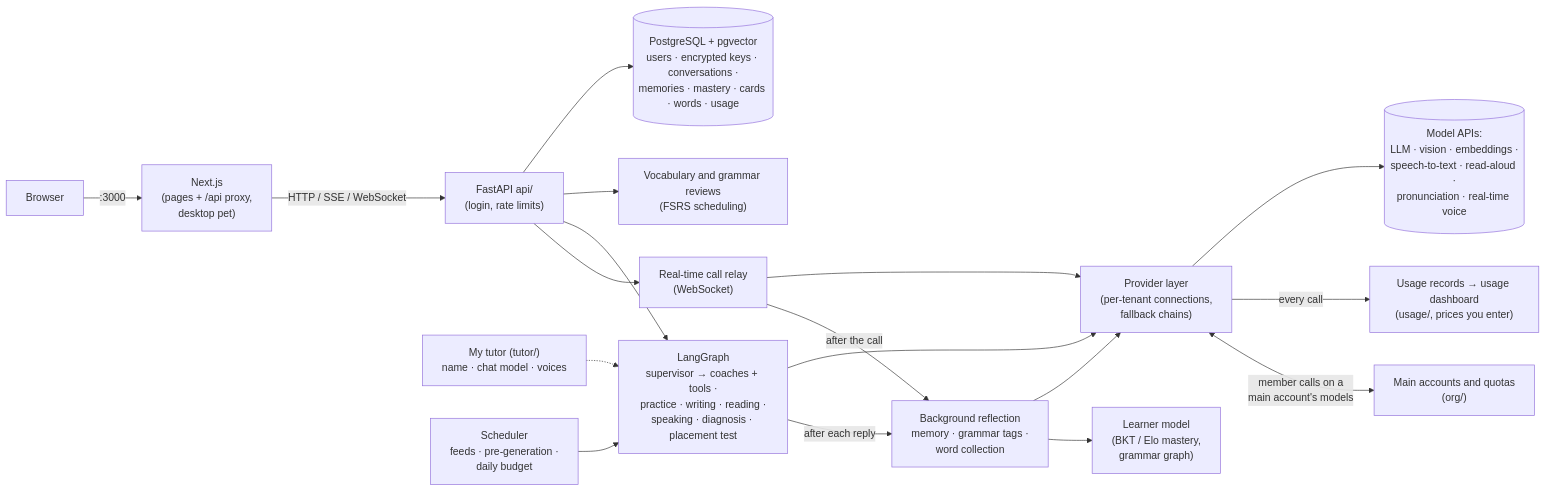
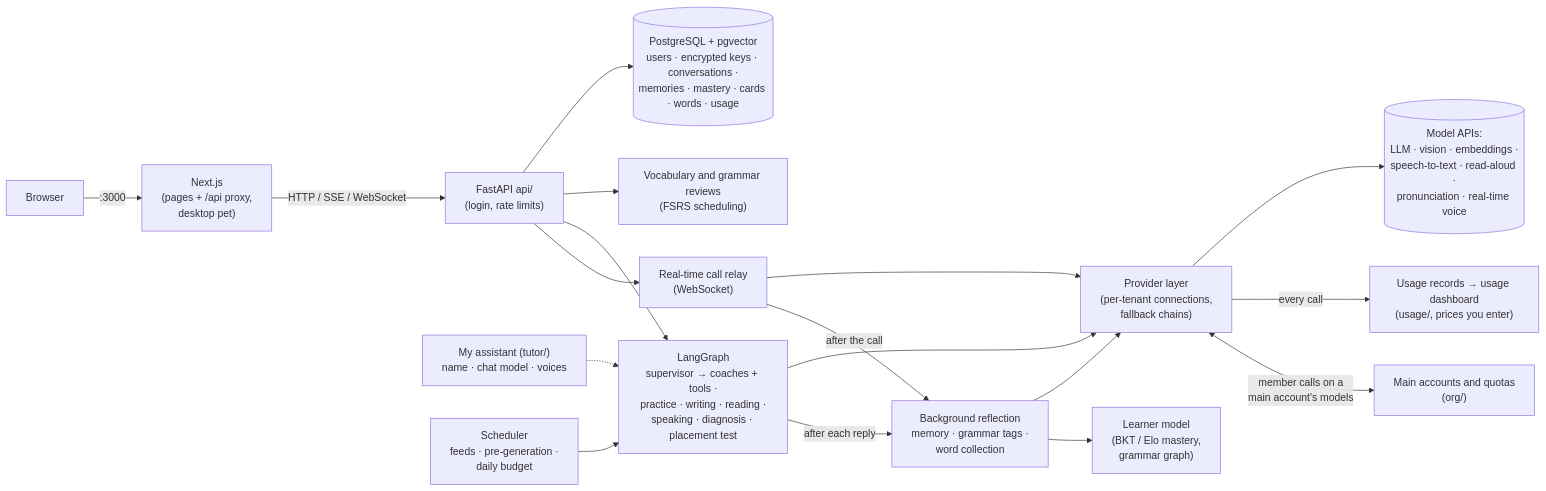
Before and after one commit to YangD1/lingo-agent: the first of 2 diagrams in README.md, drawn with Mermaid. The commit also changed other lines of this file and 4 other files, not shown here.

````diff
--- a/README.md
+++ b/README.md
@@ -151,20 +151,20 @@
 ```mermaid
 flowchart LR
     B[Browser] -->|:3000| F["Next.js<br/>(pages + /api proxy,<br/>desktop pet)"]
     F -->|"HTTP / SSE / WebSocket"| A["FastAPI api/<br/>(login, rate limits)"]
     A --> W
     A --> G["LangGraph<br/>supervisor → coaches + tools ·<br/>practice · writing · reading ·<br/>speaking · diagnosis · placement test"]
-    T["My tutor (tutor/)<br/>name · chat model · voices"] -.-> G
+    T["My assistant (tutor/)<br/>name · chat model · voices"] -.-> G
     W["Real-time call relay<br/>(WebSocket)"] -->|"after the call"| R
     G -->|"after each reply"| R["Background reflection<br/>memory · grammar tags ·<br/>word collection"]
     R --> L["Learner model<br/>(BKT / Elo mastery,<br/>grammar graph)"]
     A --> V["Vocabulary and grammar reviews<br/>(FSRS scheduling)"]
     S["Scheduler<br/>feeds · pre-generation ·<br/>daily budget"] --> G
     G --> P["Provider layer<br/>(per-tenant connections,<br/>fallback chains)"]
     R --> P
     W --> P
     P <-->|"member calls on a<br/>main account's models"| O["Main accounts and quotas<br/>(org/)"]
     P -->|"every call"| U["Usage records → usage dashboard<br/>(usage/, prices you enter)"]
     P --> M[("Model APIs:<br/>LLM · vision · embeddings ·<br/>speech-to-text · read-aloud ·<br/>pronunciation · real-time voice")]
     A --> D[("PostgreSQL + pgvector<br/>users · encrypted keys · conversations ·<br/>memories · mastery · cards · words · usage")]
 ```
````
